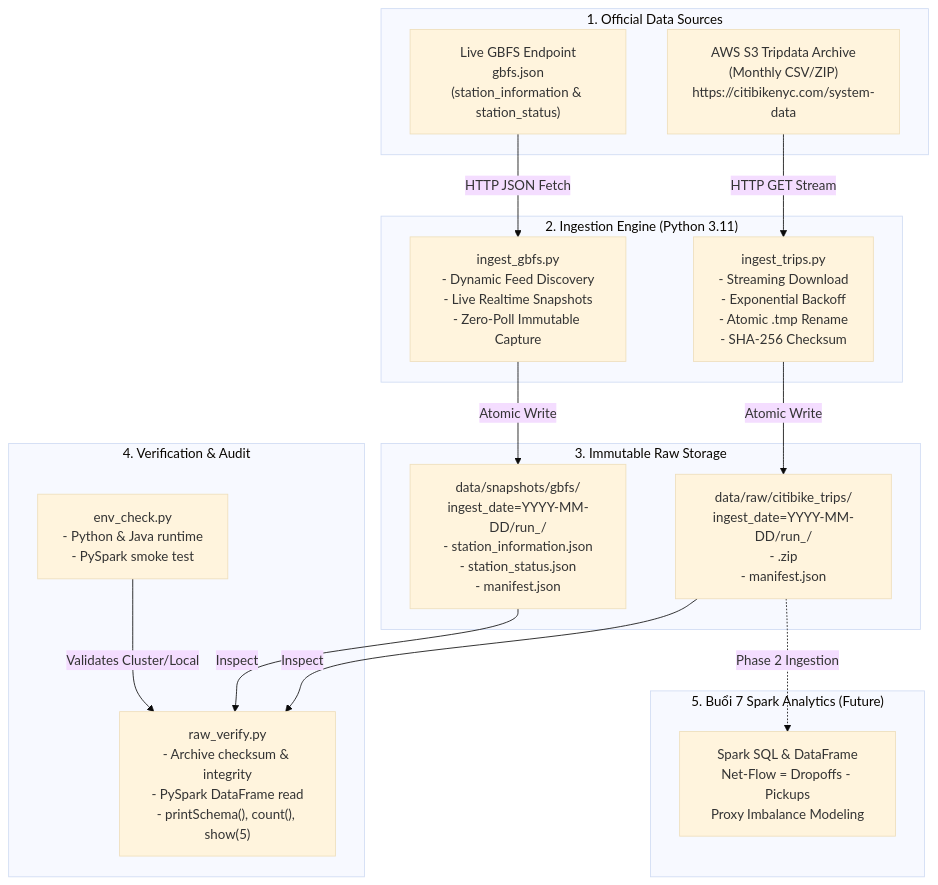
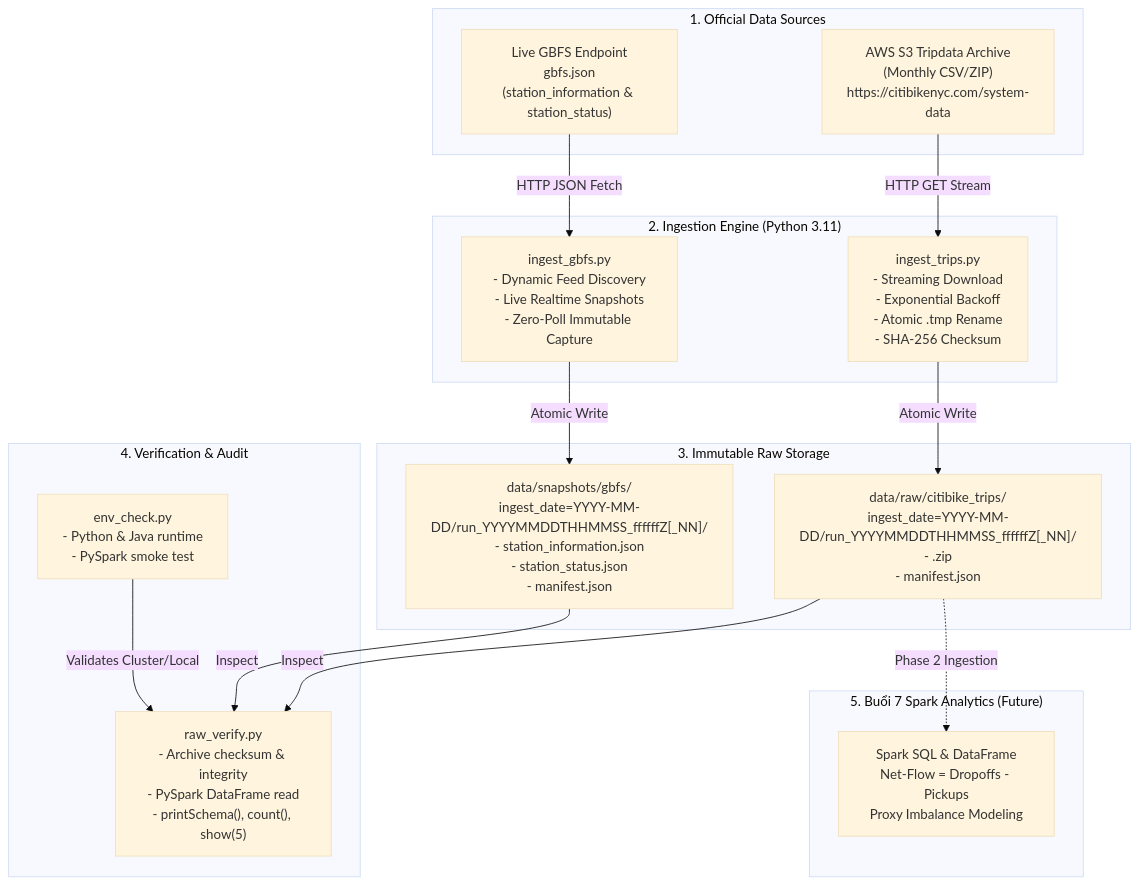
The diagram in docs/architecture.md (Cayder123/CitiBike-StationPulse), drawn with Mermaid (base theme) before and after one commit. The commit also changed other lines of this file and 3 other files, not shown here.

````diff
--- a/docs/architecture.md
+++ b/docs/architecture.md
@@ -15,38 +15,38 @@
 ```mermaid
 flowchart TD
     subgraph Data_Sources["1. Official Data Sources"]
         S3["AWS S3 Tripdata Archive\n(Monthly CSV/ZIP)\nhttps://citibikenyc.com/system-data"]
         GBFS["Live GBFS Endpoint\ngbfs.json\n(station_information & station_status)"]
     end
 
     subgraph Ingestion_Engine["2. Ingestion Engine (Python 3.11)"]
         TripIngest["ingest_trips.py\n- Streaming Download\n- Exponential Backoff\n- Atomic .tmp Rename\n- SHA-256 Checksum"]
         GBFSIngest["ingest_gbfs.py\n- Dynamic Feed Discovery\n- Live Realtime Snapshots\n- Zero-Poll Immutable Capture"]
     end
 
     subgraph Raw_Storage["3. Immutable Raw Storage"]
-        RawTrips["data/raw/citibike_trips/\ningest_date=YYYY-MM-DD/run_<UTC>/\n- <source_file>.zip\n- manifest.json"]
-        RawGBFS["data/snapshots/gbfs/\ningest_date=YYYY-MM-DD/run_<UTC>/\n- station_information.json\n- station_status.json\n- manifest.json"]
+        RawTrips["data/raw/citibike_trips/\ningest_date=YYYY-MM-DD/run_YYYYMMDDTHHMMSS_ffffffZ[_NN]/\n- <source_file>.zip\n- manifest.json"]
+        RawGBFS["data/snapshots/gbfs/\ningest_date=YYYY-MM-DD/run_YYYYMMDDTHHMMSS_ffffffZ[_NN]/\n- station_information.json\n- station_status.json\n- manifest.json"]
     end
 
     subgraph Verification_Engine["4. Verification & Audit"]
         EnvCheck["env_check.py\n- Python & Java runtime\n- PySpark smoke test"]
         RawVerify["raw_verify.py\n- Archive checksum & integrity\n- PySpark DataFrame read\n- printSchema(), count(), show(5)"]
     end
 
     subgraph Analytics_Phase["5. Buổi 7 Spark Analytics (Future)"]
         SparkTransform["Spark SQL & DataFrame\nNet-Flow = Dropoffs - Pickups\nProxy Imbalance Modeling"]
     end
 
     S3 -->|HTTP GET Stream| TripIngest
     GBFS -->|HTTP JSON Fetch| GBFSIngest
 
     TripIngest -->|Atomic Write| RawTrips
     GBFSIngest -->|Atomic Write| RawGBFS
 
     RawTrips -->|Inspect| RawVerify
     RawGBFS -->|Inspect| RawVerify
     EnvCheck -->|Validates Cluster/Local| RawVerify
 
     RawTrips -.->|Phase 2 Ingestion| SparkTransform
 ```
````
